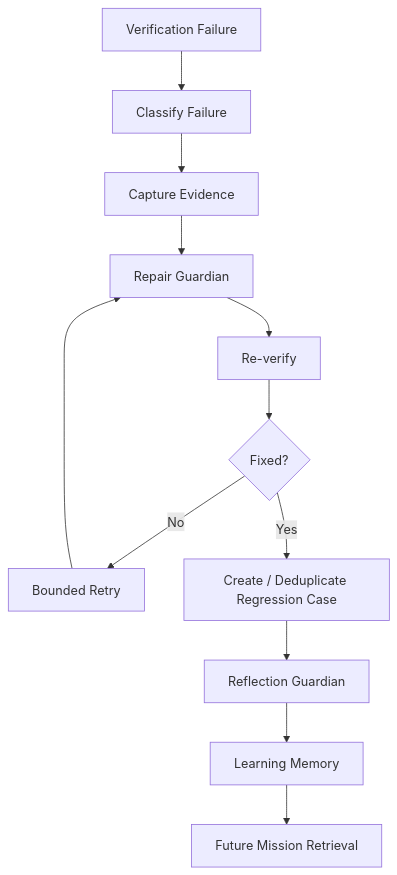
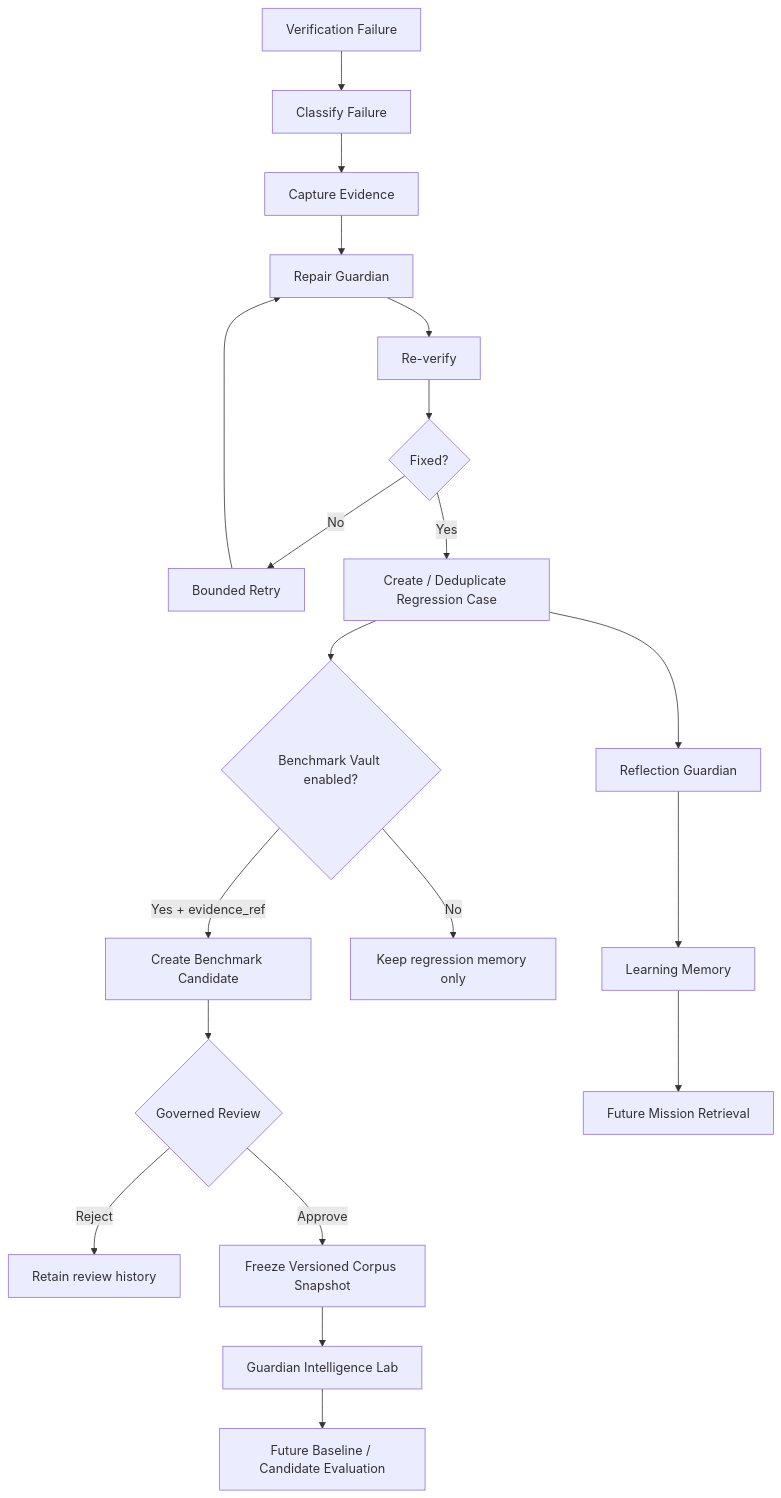
The second of 5 diagrams in docs/PROCESS_WORKFLOWS.md (lois4801/NEXUS-Starship-Guardians), drawn with Mermaid before and after one commit. The commit also changed other lines of this file, not shown here.

Commit message:
Add Benchmark Vault governance to process workflows

````diff
--- a/docs/PROCESS_WORKFLOWS.md
+++ b/docs/PROCESS_WORKFLOWS.md
@@ -29,14 +29,22 @@
 ```mermaid
 flowchart TD
     A[Verification Failure] --> B[Classify Failure]
     B --> C[Capture Evidence]
     C --> D[Repair Guardian]
     D --> E[Re-verify]
     E --> F{Fixed?}
     F -->|No| G[Bounded Retry]
     G --> D
     F -->|Yes| H[Create / Deduplicate Regression Case]
     H --> I[Reflection Guardian]
     I --> J[Learning Memory]
-    J --> K[Future Mission Retrieval]
+    H --> K{Benchmark Vault enabled?}
+    K -->|No| L[Keep regression memory only]
+    K -->|Yes + evidence_ref| M[Create Benchmark Candidate]
+    M --> N{Governed Review}
+    N -->|Reject| O[Retain review history]
+    N -->|Approve| P[Freeze Versioned Corpus Snapshot]
+    P --> Q[Guardian Intelligence Lab]
+    Q --> R[Future Baseline / Candidate Evaluation]
+    J --> S[Future Mission Retrieval]
 ```
````
